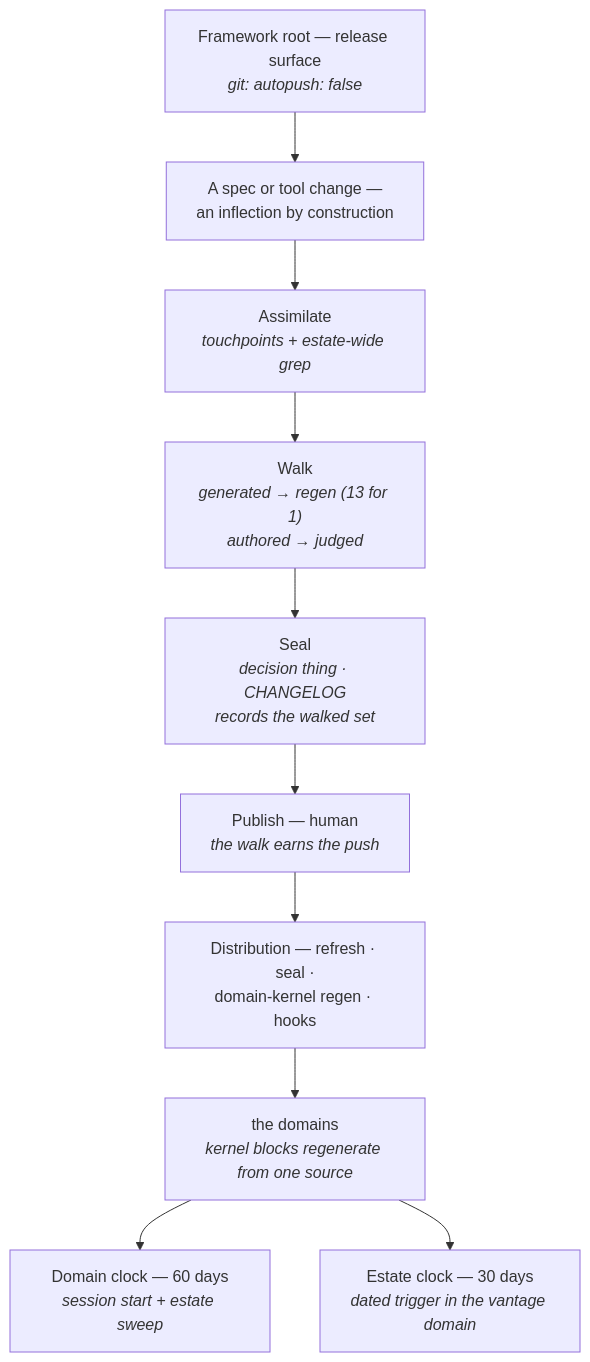
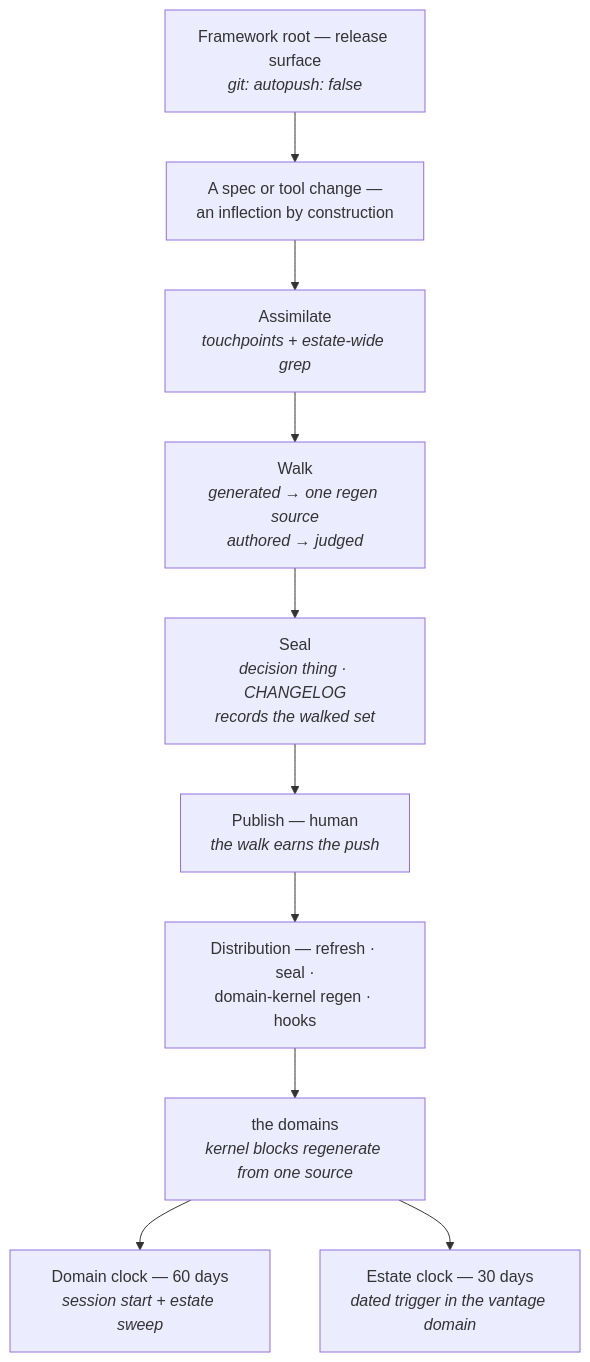
Before and after one commit to JanoshMoshiri/MarkdownLLM: the third of 4 diagrams in docs/estate-mechanics.md, drawn with Mermaid. The commit also changed other lines of this file and 32 other files, not shown here.

````diff
--- a/docs/estate-mechanics.md
+++ b/docs/estate-mechanics.md
@@ -140,28 +150,28 @@
 ```mermaid
 flowchart TD
     accTitle: How a change to the framework root becomes a release
     accDescr {
         Top to bottom. The framework root is a release surface declaring git
         autopush false, so a spec or tool change there is an inflection by
         construction. It runs three beats in sequence. First Assimilate, using
         touchpoints plus an estate-wide grep. Then Walk, where generated
-        surfaces reconcile by regeneration - thirteen domain kernels from one
+        surfaces reconcile by regeneration - every managed domain kernel from one
         string - and authored surfaces are judged one by one. Then Seal, which
         writes a decision thing and records the walked set in the CHANGELOG. Only then
         does a human publish, because the walk earns the push. Publication
         flows into distribution - refresh, seal, domain-kernel regen and hooks -
         which reaches the domains, whose kernel blocks regenerate from one
         source. Each domain then carries two cadence clocks: a 60-day domain
         clock checked at session start and by the estate sweep, and a 30-day
         estate clock held as a dated trigger in the vantage domain.
     }
     RT["Framework root — release surface<br/><i>git: autopush: false</i>"]
     CH["A spec or tool change —<br/>an inflection by construction"]
-    A["Assimilate<br/><i>touchpoints + estate-wide grep</i>"] --> WK["Walk<br/><i>generated → regen (13 for 1)<br/>authored → judged</i>"]
+    A["Assimilate<br/><i>touchpoints + estate-wide grep</i>"] --> WK["Walk<br/><i>generated → one regen source<br/>authored → judged</i>"]
     WK --> SE["Seal<br/><i>decision thing · CHANGELOG<br/>records the walked set</i>"] --> PB["Publish — human<br/><i>the walk earns the push</i>"]
     RT --> CH --> A
     PB --> D["Distribution — refresh · seal ·<br/>domain-kernel regen · hooks"]
     D --> DOMS["the domains<br/><i>kernel blocks regenerate from one source</i>"]
     DOMS --> CK1["Domain clock — 60 days<br/><i>session start + estate sweep</i>"]
     DOMS --> CK2["Estate clock — 30 days<br/><i>dated trigger in the vantage domain</i>"]
 ```
````
